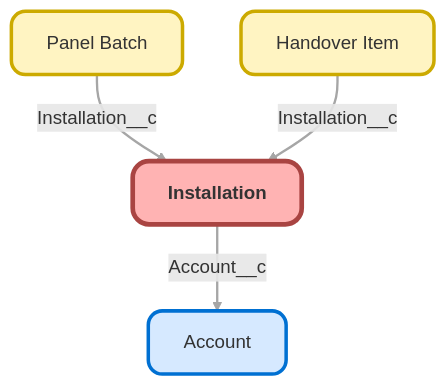
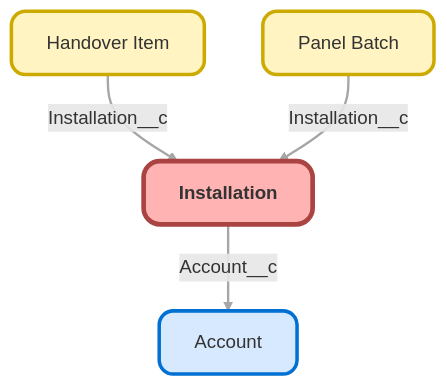
The diagram in docs/objects/Installation__c.md (jonathanbv/sfdx-hardis-training-monitoring), drawn with Mermaid before and after one commit. The commit also changed other lines of this file and 4 other files, not shown here.

````diff
--- a/docs/objects/Installation__c.md
+++ b/docs/objects/Installation__c.md
@@ -8,22 +8,22 @@
 ```mermaid
 graph TD
 Panel_Batch__c["Panel Batch"]:::customObject
 click Panel_Batch__c "../Panel_Batch__c/"
+Handover_Item__c["Handover Item"]:::customObject
+click Handover_Item__c "../Handover_Item__c/"
 Installation__c["Installation"]:::mainObject
 click Installation__c "../Installation__c/"
-Handover_Item__c["Handover Item"]:::customObject
-click Handover_Item__c "../Handover_Item__c/"
 Account["Account"]:::object
 click Account "../Account/"
 
-Panel_Batch__c -->|Installation__c| Installation__c
 Installation__c -->|Account__c| Account
 Handover_Item__c -->|Installation__c| Installation__c
+Panel_Batch__c -->|Installation__c| Installation__c
 
 classDef object fill:#D6E9FF,stroke:#0070D2,stroke-width:3px,rx:12px,ry:12px,shadow:drop,color:#333;
 classDef customObject fill:#FFF4C2,stroke:#CCAA00,stroke-width:3px,rx:12px,ry:12px,shadow:drop,color:#333;
 classDef customObjectManaged fill:#FFD8B2,stroke:#CC5500,stroke-width:3px,rx:12px,ry:12px,shadow:drop,color:#333;
 classDef mainObject fill:#FFB3B3,stroke:#A94442,stroke-width:4px,rx:14px,ry:14px,shadow:drop,color:#333,font-weight:bold;
 linkStyle 0,1,2 stroke:#A6A6A6,stroke-width:2px;
 
 ```
````
